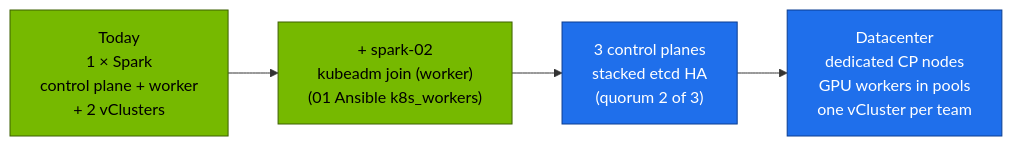
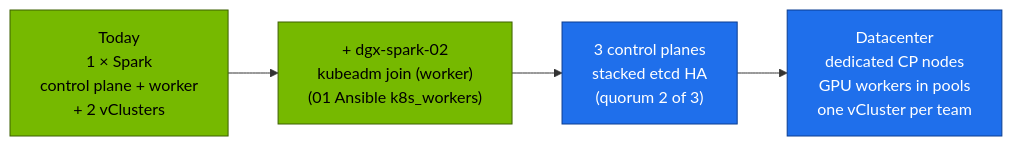
Before and after one commit to cloudone365/technical-depth: the third of 3 diagrams in 02 Kubernetes/01-kubernetes-core-architecture.md, drawn with Mermaid. The commit also changed other lines of this file and 88 other files, not shown here.

First line of the commit message:
Rename the Spark hosts to dgx-spark-01 / dgx-spark-02

````diff
--- a/02 Kubernetes/01-kubernetes-core-architecture.md
+++ b/02 Kubernetes/01-kubernetes-core-architecture.md
@@ -390,10 +390,10 @@
 ```mermaid
 flowchart LR
-  A["Today<br/>1 × Spark<br/>control plane + worker<br/>+ 2 vClusters"] --> B["+ spark-02<br/>kubeadm join (worker)<br/>(01 Ansible k8s_workers)"]
+  A["Today<br/>1 × Spark<br/>control plane + worker<br/>+ 2 vClusters"] --> B["+ dgx-spark-02<br/>kubeadm join (worker)<br/>(01 Ansible k8s_workers)"]
   B --> C["3 control planes<br/>stacked etcd HA<br/>(quorum 2 of 3)"]
   C --> D["Datacenter<br/>dedicated CP nodes<br/>GPU workers in pools<br/>one vCluster per team"]
   classDef gpu fill:#76b900,stroke:#3d6000,color:#000
   classDef ctrl fill:#1f6feb,stroke:#0b3d91,color:#fff
   class A,B gpu
   class C,D ctrl
 ```
````
